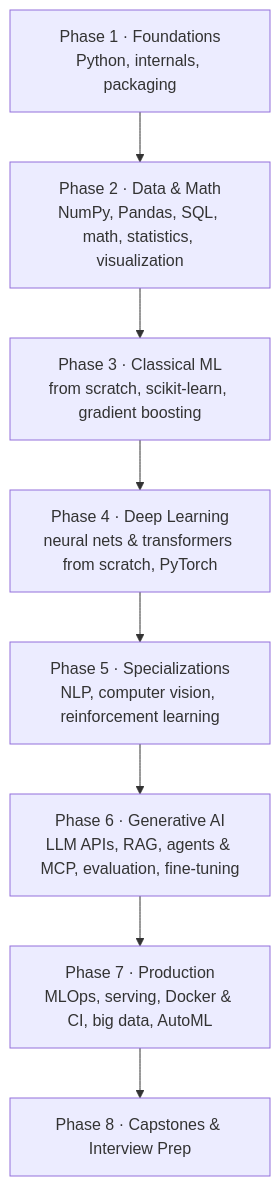
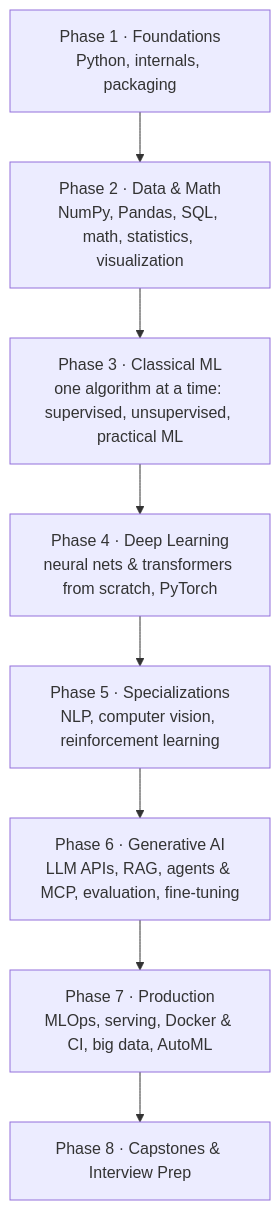
Before and after one commit to MayankKumarPokhriyal/Learning-AI-ML: the diagram in README.md, drawn with Mermaid. The commit also changed other lines of this file and 2 other files, not shown here.

First line of the commit message:
Document the expanded course: ML algorithm series, DSA notebooks, study plan, flashcards

````diff
--- a/README.md
+++ b/README.md
@@ -51,12 +51,12 @@
 ```mermaid
 flowchart TD
     P1[Phase 1 · Foundations<br/>Python, internals, packaging]
     P2[Phase 2 · Data & Math<br/>NumPy, Pandas, SQL, math, statistics, visualization]
-    P3[Phase 3 · Classical ML<br/>from scratch, scikit-learn, gradient boosting]
+    P3[Phase 3 · Classical ML<br/>one algorithm at a time: supervised, unsupervised, practical ML]
     P4[Phase 4 · Deep Learning<br/>neural nets & transformers from scratch, PyTorch]
     P5[Phase 5 · Specializations<br/>NLP, computer vision, reinforcement learning]
     P6[Phase 6 · Generative AI<br/>LLM APIs, RAG, agents & MCP, evaluation, fine-tuning]
     P7[Phase 7 · Production<br/>MLOps, serving, Docker & CI, big data, AutoML]
     P8[Phase 8 · Capstones & Interview Prep]
     P1 --> P2 --> P3 --> P4 --> P5 --> P6 --> P7 --> P8
 ```
````
